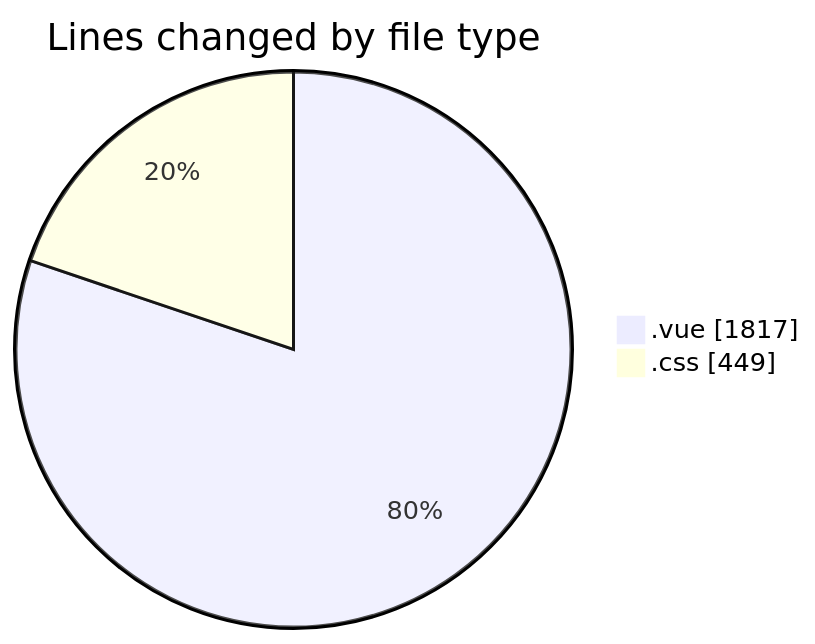
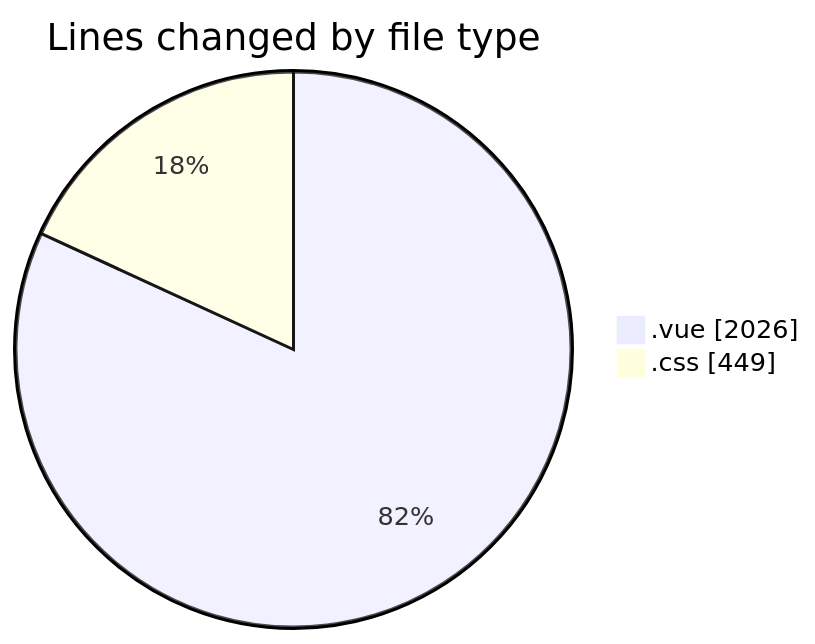
The first of 2 diagrams in 2025-08-10/rentotp/README.md (lephambinh05/code-tracking), drawn with Mermaid before and after one commit. The commit also changed other lines of this file and 1 other file, not shown here.

````diff
--- a/2025-08-10/rentotp/README.md
+++ b/2025-08-10/rentotp/README.md
@@ -24,6 +24,6 @@
 ```mermaid
 pie showData
 title Lines changed by file type
-".vue" : 1817
+".vue" : 2026
 ".css" : 449
 ```
````
